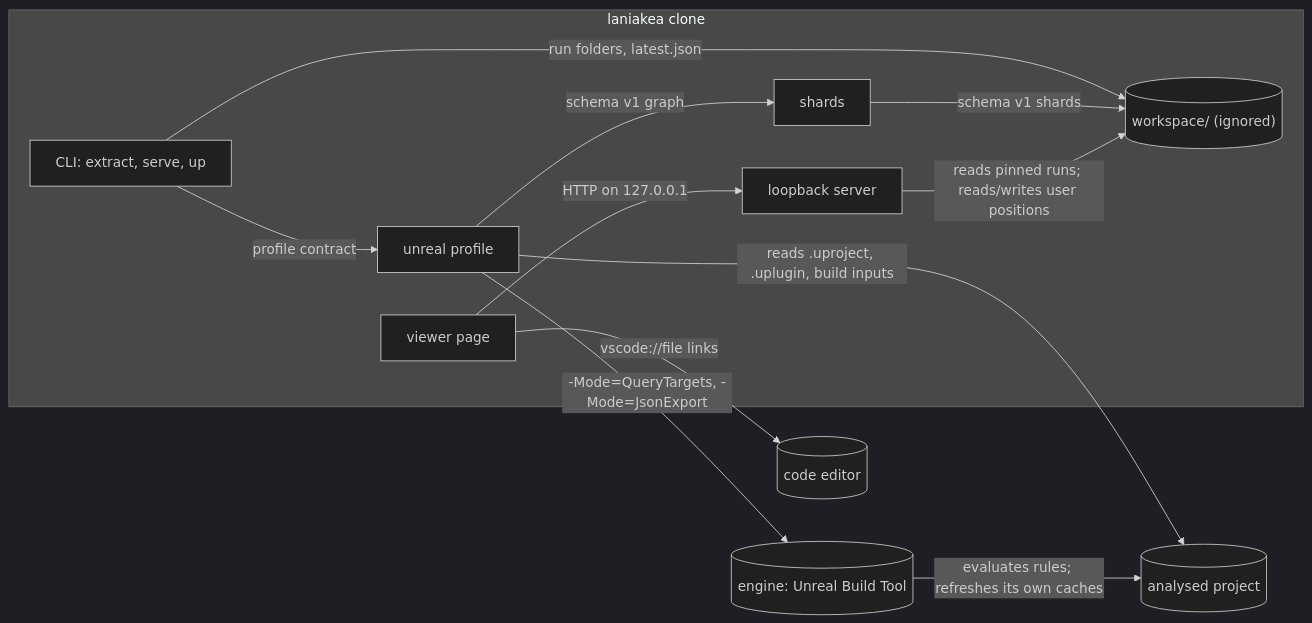
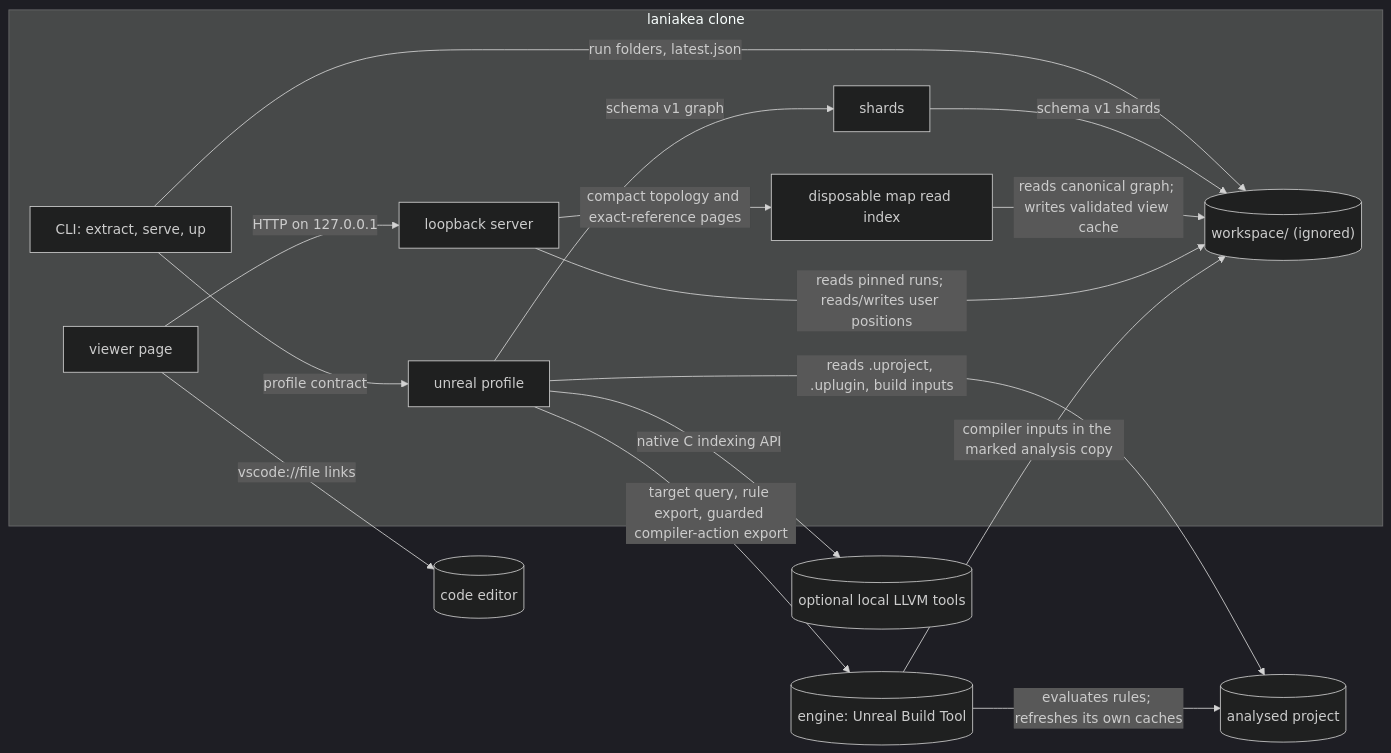
The diagram in docs/architecture/diagrams/main.md (6r0m/laniakea), drawn with Mermaid (dark theme) before and after one commit. The commit also changed 64 other files, not shown here.

First line of the commit message:
Add native class/function symbol analysis and a compact paged map index

````diff
--- a/docs/architecture/diagrams/main.md
+++ b/docs/architecture/diagrams/main.md
@@ -6,15 +6,19 @@
 ```mermaid
 flowchart LR
     subgraph laniakea["laniakea clone"]
         CLI["CLI: extract, serve, up"] -->|"profile contract"| Profile["unreal profile"]
         CLI -->|"run folders, latest.json"| Workspace[("workspace/ (ignored)")]
         Profile -->|"schema v1 graph"| Shards["shards"]
         Shards -->|"schema v1 shards"| Workspace
+        MapIndex["disposable map read index"] -->|"reads canonical graph; writes validated view cache"| Workspace
+        Server -->|"compact topology and exact-reference pages"| MapIndex
         Server["loopback server"] -->|"reads pinned runs; reads/writes user positions"| Workspace
         Viewer["viewer page"] -->|"HTTP on 127.0.0.1"| Server
     end
     Profile -->|"reads .uproject, .uplugin, build inputs"| Project[("analysed project")]
-    Profile -->|"-Mode=QueryTargets, -Mode=JsonExport"| UBT[("engine: Unreal Build Tool")]
+    Profile -->|"target query, rule export, guarded compiler-action export"| UBT[("engine: Unreal Build Tool")]
+    Profile -->|"native C indexing API"| LLVM[("optional local LLVM tools")]
     UBT -->|"evaluates rules; refreshes its own caches"| Project
+    UBT -->|"compiler inputs in the marked analysis copy"| Workspace
     Viewer -->|"vscode://file links"| Editor[("code editor")]
 ```
````
